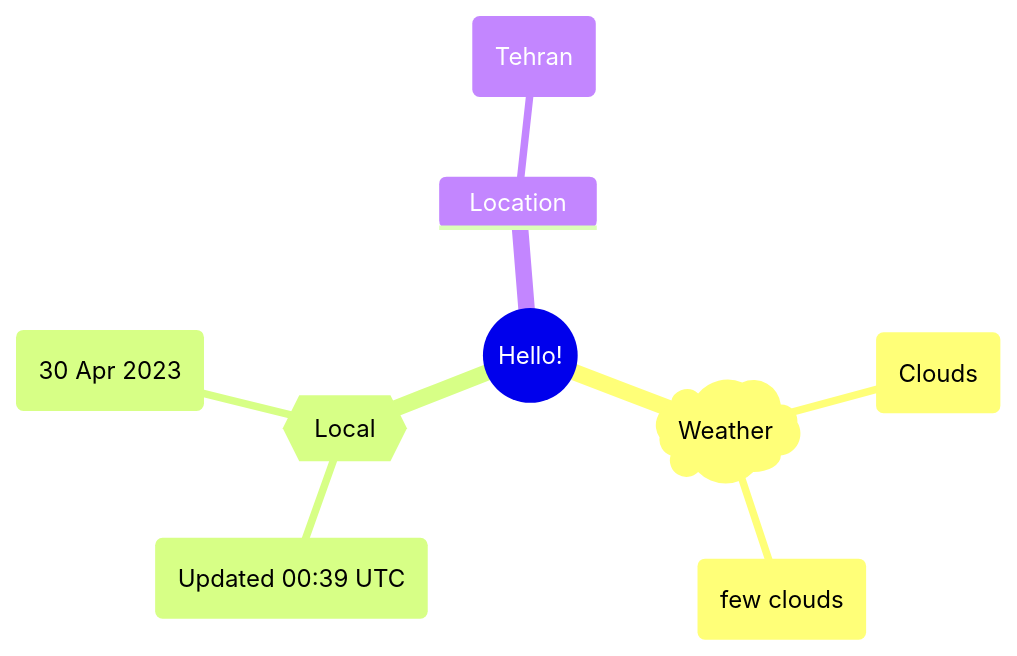
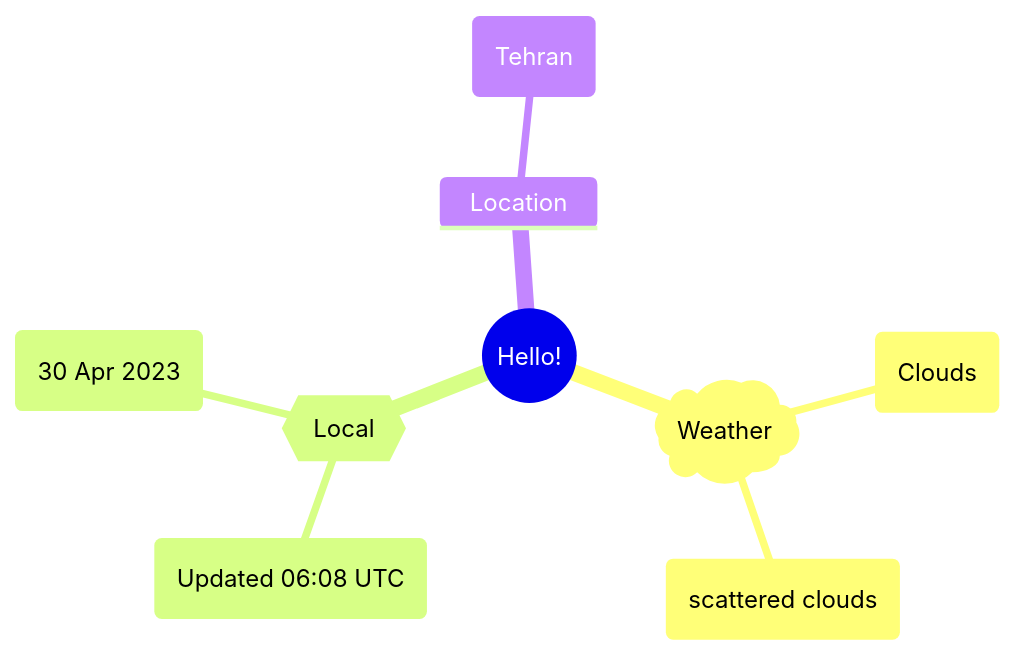
One commit to Xosrov/Xosrov changed the first of 2 diagrams in README.md. Above: the diagram before and after it, drawn with Mermaid.

Commit message:
[bot] updated images

````diff
--- a/README.md
+++ b/README.md
@@ -3,12 +3,12 @@
 ```mermaid
 mindmap
   root((Hello!))
     )Weather(
         (Clouds)
-        (few clouds)
+        (scattered clouds)
     {{Local}}
-        (Updated 00:39 UTC)
+        (Updated 06:08 UTC)
         (30 Apr 2023)
     Location
         (Tehran)
 ```
````
